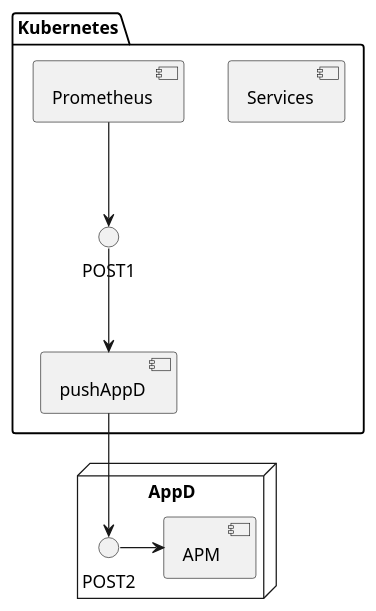
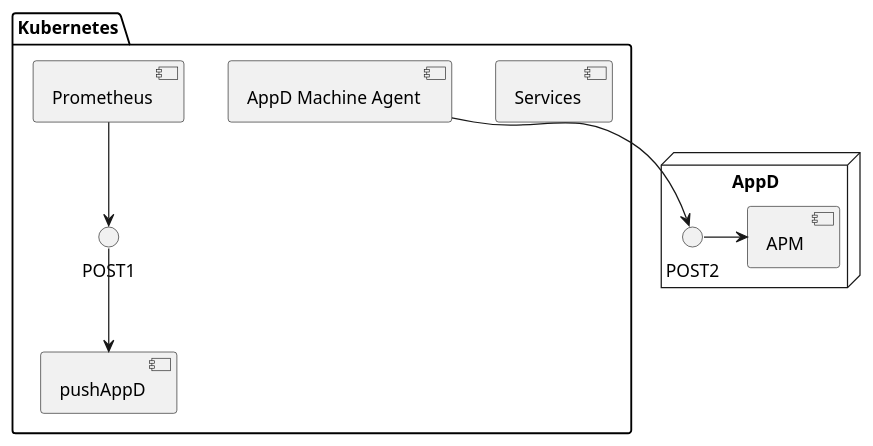
The diagram in block-diagram.puml (cisco-sso/prometheus-appd-webhook), drawn with PlantUML before and after one commit. The commit also changed 5 other files, not shown here.

```diff
--- a/block-diagram.puml
+++ b/block-diagram.puml
@@ -1,14 +1,16 @@
 @startuml
 package "Kubernetes" {
   [Services]
   [Prometheus] --> POST1 
   POST1 --> [pushAppD] 
+  [AppD Machine Agent]
 }
  
+
 node "AppD" {
   POST2 -> [APM ]
  } 
 
-[pushAppD] --> [POST2] 
+[AppD Machine Agent] --> [POST2] 
 
 @enduml
```
